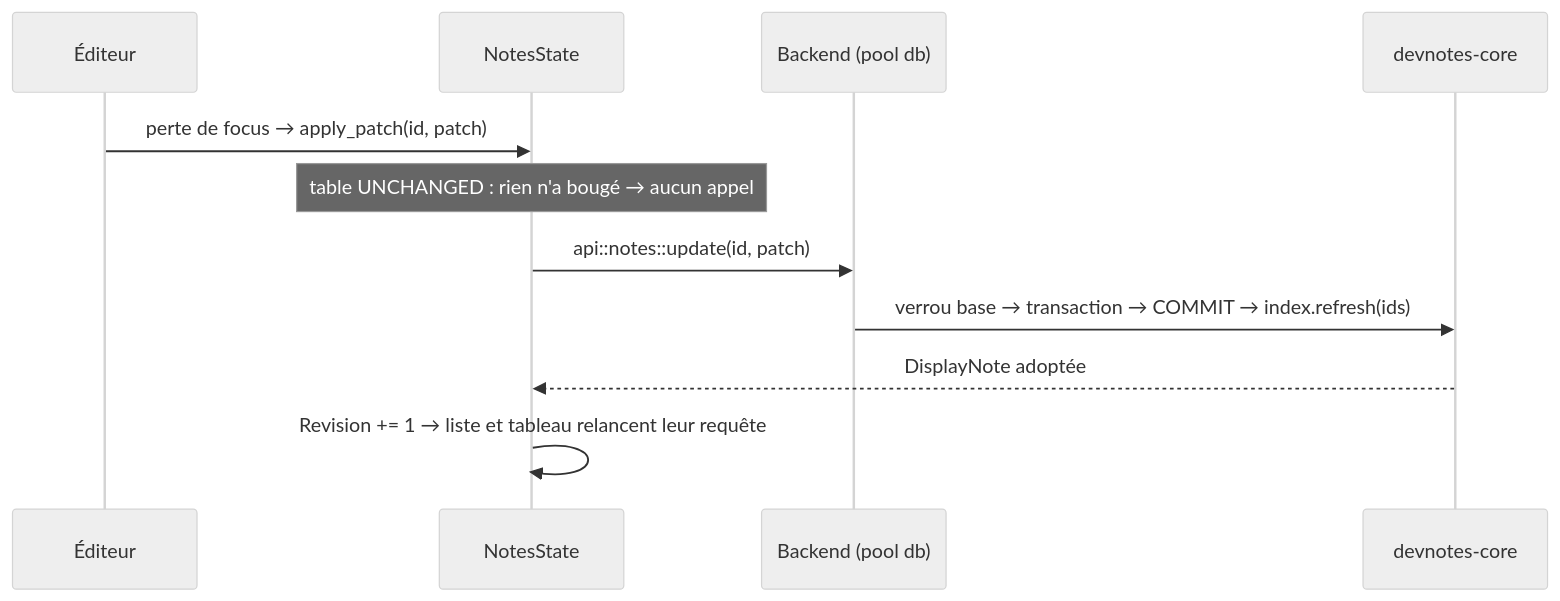
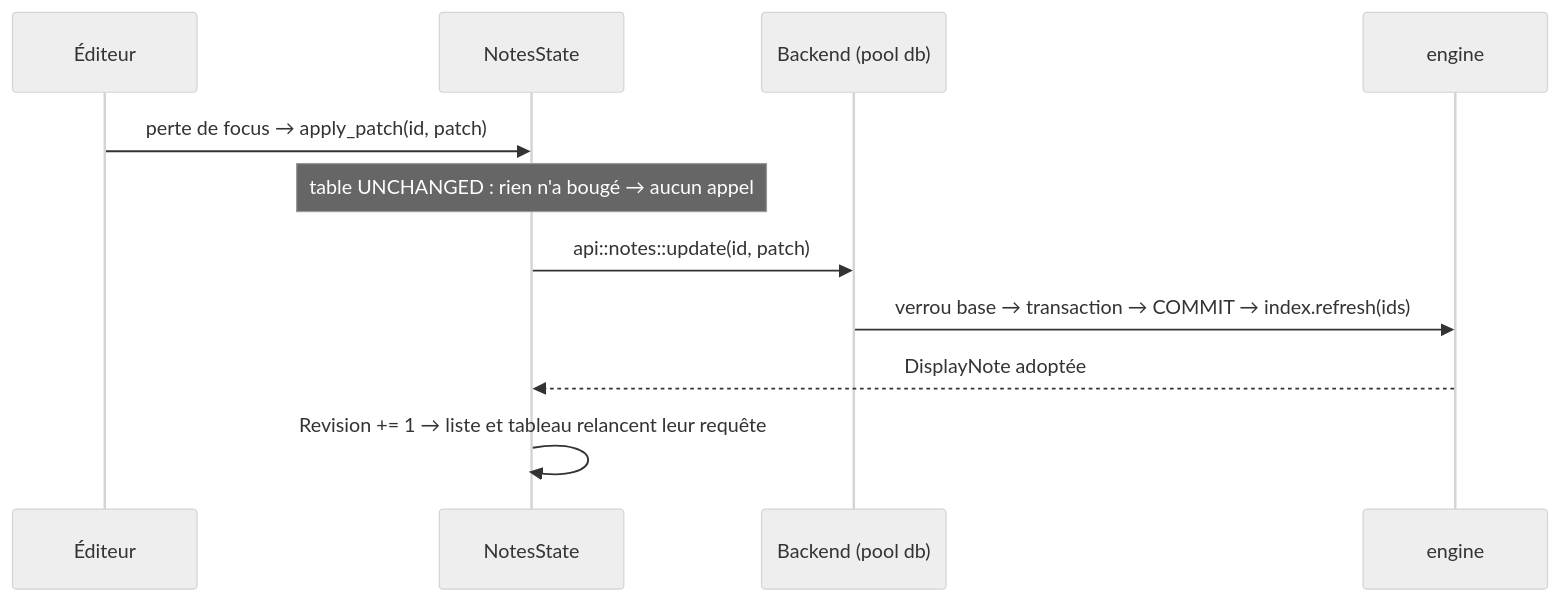
The fourth of 7 diagrams in docs/egui-migration-plan.md (vmillet-dev/devnotes-rs), drawn with Mermaid (neutral theme) before and after one commit. The commit also changed other lines of this file, not shown here.

First line of the commit message:
Architecture: name the planned crates without a devnotes- prefix

````diff
--- a/docs/egui-migration-plan.md
+++ b/docs/egui-migration-plan.md
@@ -523,13 +531,13 @@
 ```mermaid
 sequenceDiagram
   participant E as Éditeur
   participant N as NotesState
   participant B as Backend (pool db)
-  participant C as devnotes-core
+  participant C as engine
   E->>N: perte de focus → apply_patch(id, patch)
   Note over N: table UNCHANGED : rien n'a bougé → aucun appel
   N->>B: api::notes::update(id, patch)
   B->>C: verrou base → transaction → COMMIT → index.refresh(ids)
   C-->>N: DisplayNote adoptée
   N->>N: Revision += 1 → liste et tableau relancent leur requête
 ```
````
